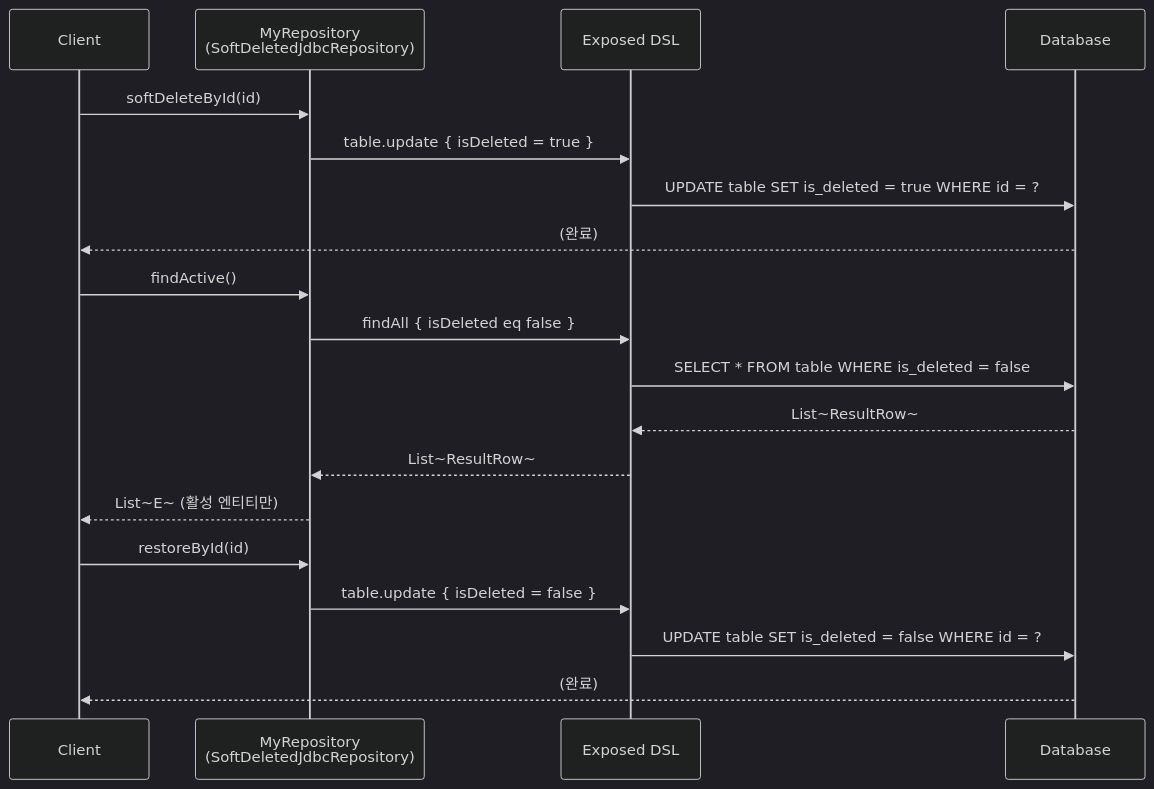
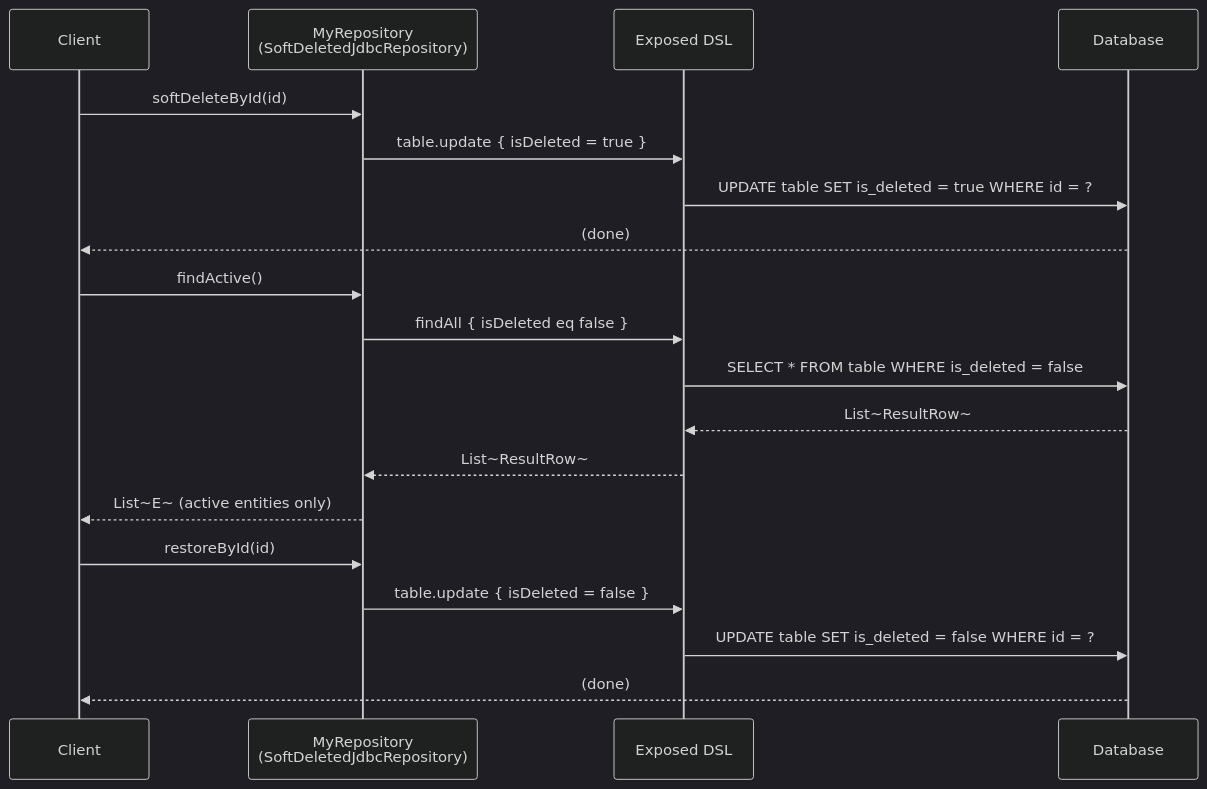
The sixth of 6 diagrams in data/exposed-jdbc/README.md (bluetape4k/bluetape4k-projects), drawn with Mermaid (dark theme) before and after one commit. The commit also changed other lines of this file and 265 other files, not shown here.

````diff
--- a/data/exposed-jdbc/README.md
+++ b/data/exposed-jdbc/README.md
@@ -571,21 +572,21 @@
 ```mermaid
 sequenceDiagram
     participant Client
     participant Repository as MyRepository<br/>(SoftDeletedJdbcRepository)
     participant Exposed as Exposed DSL
     participant DB as Database
     Client ->> Repository: softDeleteById(id)
     Repository ->> Exposed: table.update { isDeleted = true }
     Exposed ->> DB: UPDATE table SET is_deleted = true WHERE id = ?
-    DB -->> Client: (완료)
+    DB -->> Client: (done)
     Client ->> Repository: findActive()
     Repository ->> Exposed: findAll { isDeleted eq false }
     Exposed ->> DB: SELECT * FROM table WHERE is_deleted = false
     DB -->> Exposed: List~ResultRow~
     Exposed -->> Repository: List~ResultRow~
-    Repository -->> Client: List~E~ (활성 엔티티만)
+    Repository -->> Client: List~E~ (active entities only)
     Client ->> Repository: restoreById(id)
     Repository ->> Exposed: table.update { isDeleted = false }
     Exposed ->> DB: UPDATE table SET is_deleted = false WHERE id = ?
-    DB -->> Client: (완료)
+    DB -->> Client: (done)
 ```
````
